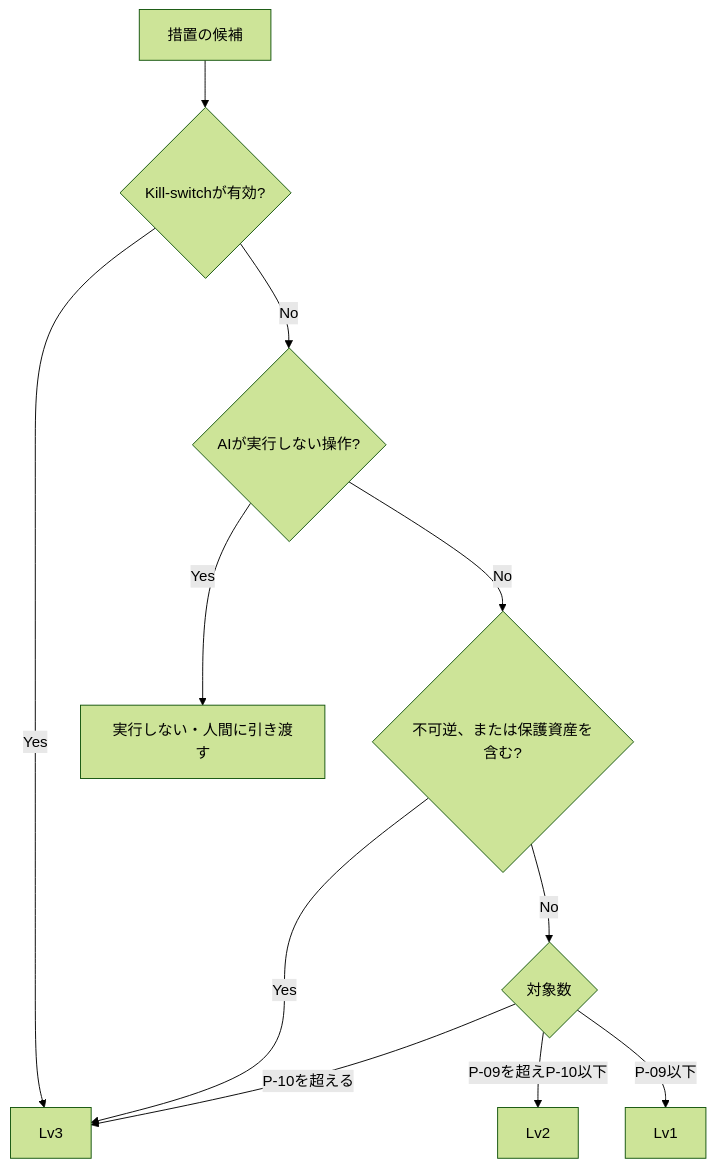
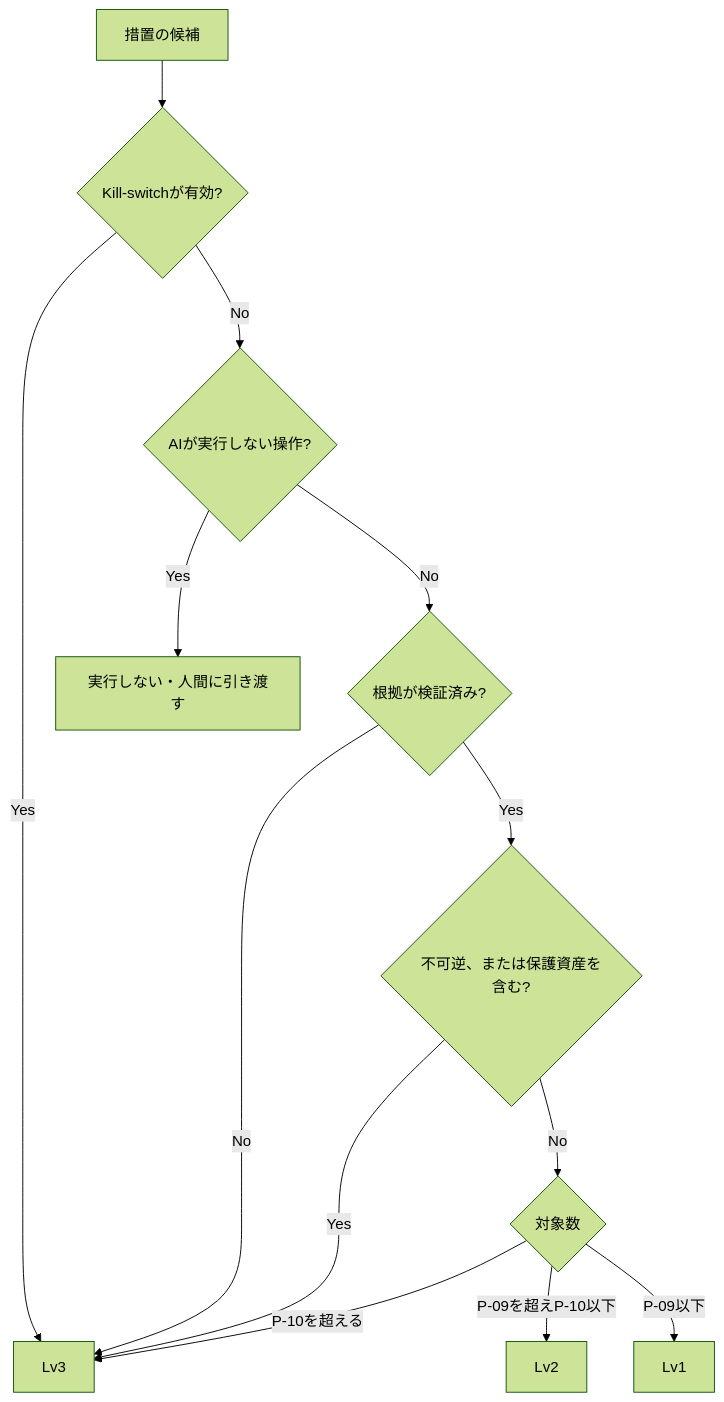
Before and after one commit to Okusan818/agentic-ai-soc-csirt-sample: the diagram in 02-agentic-ai/02-02-authority-levels.md, drawn with Mermaid (forest theme). The commit also changed other lines of this file and 30 other files, not shown here.

````diff
--- a/02-agentic-ai/02-02-authority-levels.md
+++ b/02-agentic-ai/02-02-authority-levels.md
@@ -23,13 +23,15 @@
 ```mermaid
 flowchart TD
     A[措置の候補] --> K{Kill-switchが有効?}
     K -->|Yes| L3[Lv3]
     K -->|No| N{AIが実行しない操作?}
     N -->|Yes| X[実行しない・人間に引き渡す]
-    N -->|No| P{不可逆、または保護資産を含む?}
+    N -->|No| G{根拠が検証済み?}
+    G -->|No| L3
+    G -->|Yes| P{不可逆、または保護資産を含む?}
     P -->|Yes| L3
     P -->|No| C{対象数}
     C -->|P-10を超える| L3
     C -->|P-09を超えP-10以下| L2[Lv2]
     C -->|P-09以下| L1[Lv1]
 ```
````
